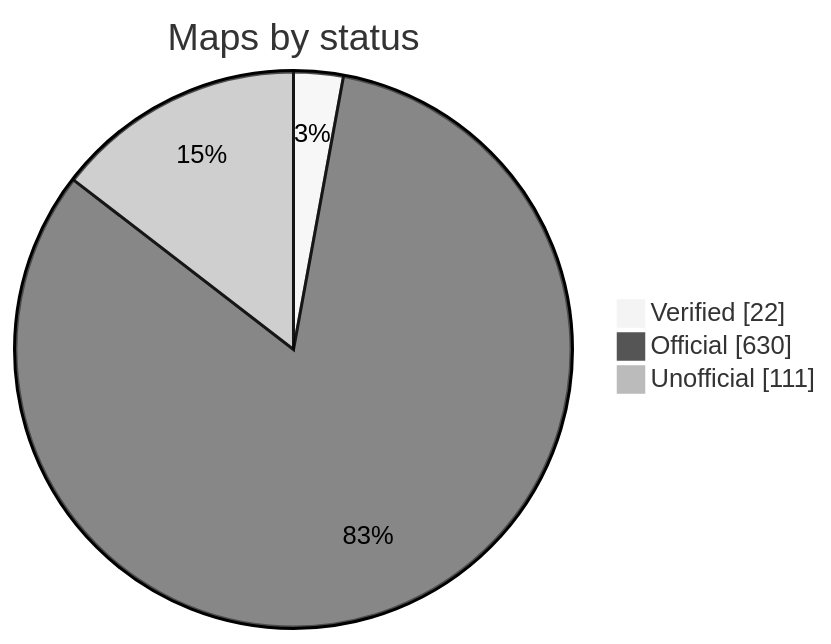
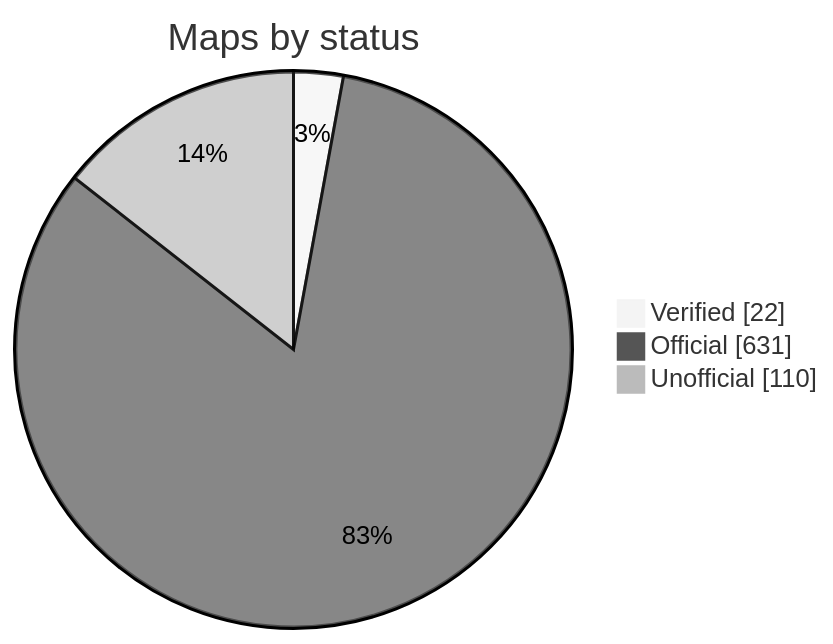
Before and after one commit to nobrega8/mbmap-library: the diagram in README.md, drawn with Mermaid (neutral theme). The commit also changed 6 other files, not shown here.

````diff
--- a/README.md
+++ b/README.md
@@ -52,7 +52,7 @@
 ```mermaid
 pie showData
     title Maps by status
     "Verified" : 22
-    "Official" : 630
-    "Unofficial" : 111
+    "Official" : 631
+    "Unofficial" : 110
 ```
````
